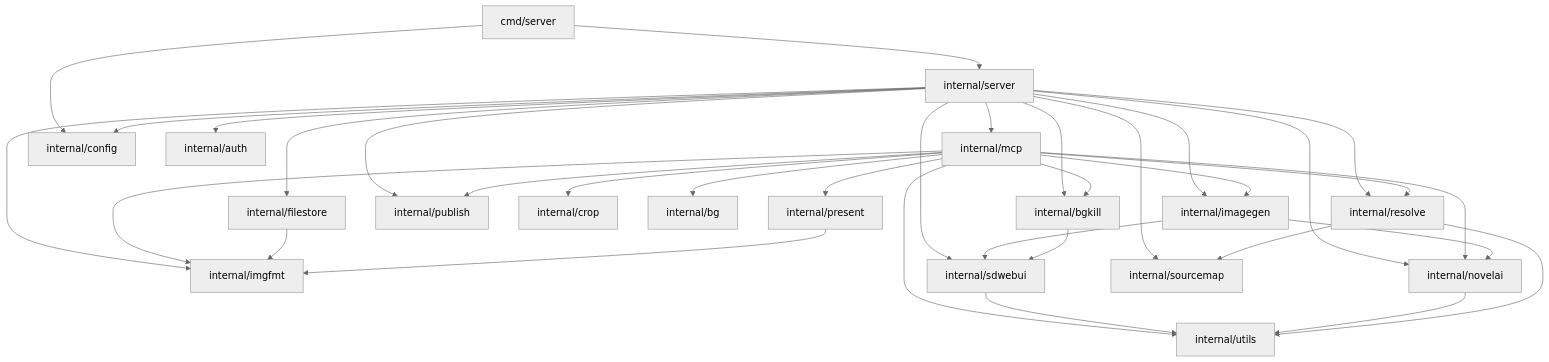
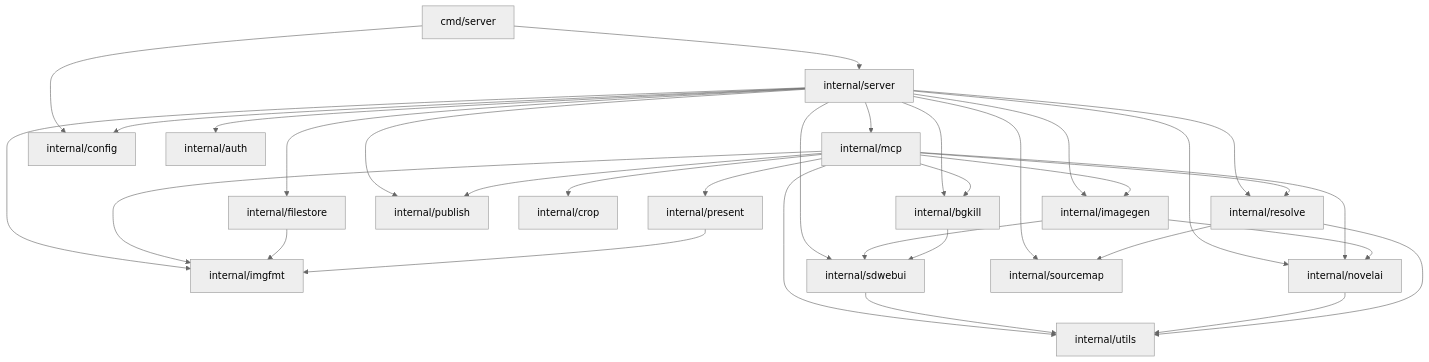
Before and after one commit to wishmatic/neo-mcp: the diagram in AGENTS.md, drawn with Mermaid (neutral theme). The commit also changed 10 other files, not shown here.

````diff
--- a/AGENTS.md
+++ b/AGENTS.md
@@ -75,59 +75,57 @@
 ```mermaid
 flowchart TD
     cmd["cmd/server"]
     server["internal/server"]
     mcp["internal/mcp"]
     imagegen["internal/imagegen"]
     bgkill["internal/bgkill"]
     present["internal/present"]
     publish["internal/publish"]
     crop["internal/crop"]
-    bg["internal/bg"]
     imgfmt["internal/imgfmt"]
     sdwebui["internal/sdwebui"]
     novelai["internal/novelai"]
     sourcemap["internal/sourcemap"]
     resolve["internal/resolve"]
     filestore["internal/filestore"]
     config["internal/config"]
     auth["internal/auth"]
     utils["internal/utils"]
 
     cmd --> server
     cmd --> config
 
     server --> mcp
     server --> imagegen
     server --> bgkill
     server --> publish
     server --> auth
     server --> config
     server --> sdwebui
     server --> novelai
     server --> resolve
     server --> filestore
     server --> imgfmt
     server --> sourcemap
 
     mcp --> imagegen
     mcp --> bgkill
     mcp --> crop
-    mcp --> bg
     mcp --> present
     mcp --> publish
     mcp --> imgfmt
     mcp --> novelai
     mcp --> resolve
     mcp --> utils
 
     imagegen --> sdwebui
     imagegen --> novelai
     bgkill --> sdwebui
     filestore --> imgfmt
     present --> imgfmt
 
     sdwebui --> utils
     novelai --> utils
     resolve --> sourcemap
     resolve --> utils
 ```
````
